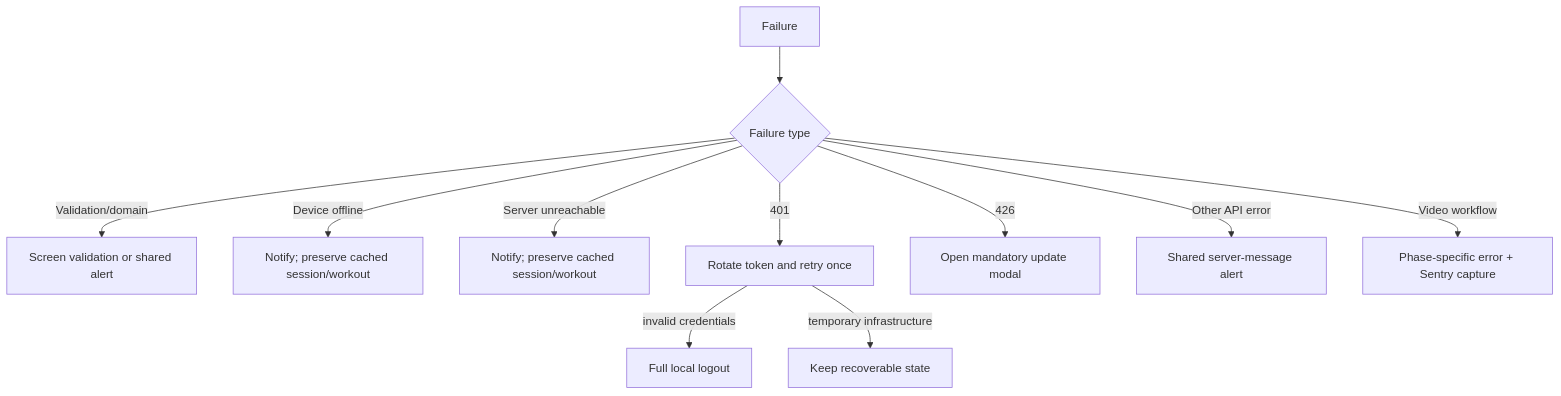
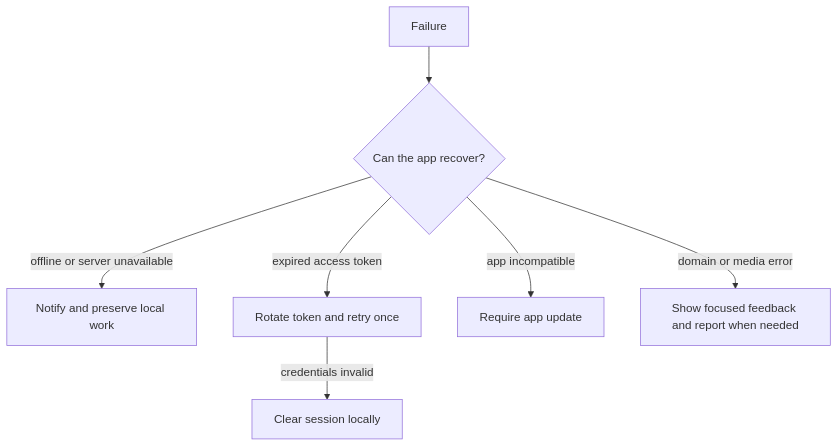
The diagram in docs/error-alerts.md (kobihanoch/Strong-Together-App), drawn with Mermaid before and after one commit. The commit also changed 21 other files, not shown here.

````diff
--- a/docs/error-alerts.md
+++ b/docs/error-alerts.md
@@ -5,13 +5,9 @@
 ```mermaid
 flowchart TD
-    Failure --> Kind{Failure type}
-    Kind -->|Validation/domain| Inline[Screen validation or shared alert]
-    Kind -->|Device offline| Offline[Notify; preserve cached session/workout]
-    Kind -->|Server unreachable| Down[Notify; preserve cached session/workout]
-    Kind -->|401| Refresh[Rotate token and retry once]
-    Refresh -->|invalid credentials| Logout[Full local logout]
-    Refresh -->|temporary infrastructure| Preserve[Keep recoverable state]
-    Kind -->|426| Update[Open mandatory update modal]
-    Kind -->|Other API error| Alert[Shared server-message alert]
-    Kind -->|Video workflow| Media[Phase-specific error + Sentry capture]
+    Failure --> Kind{Can the app recover?}
+    Kind -->|offline or server unavailable| Preserve[Notify and preserve local work]
+    Kind -->|expired access token| Refresh[Rotate token and retry once]
+    Refresh -->|credentials invalid| Logout[Clear session locally]
+    Kind -->|app incompatible| Update[Require app update]
+    Kind -->|domain or media error| Explain[Show focused feedback and report when needed]
 ```
````
